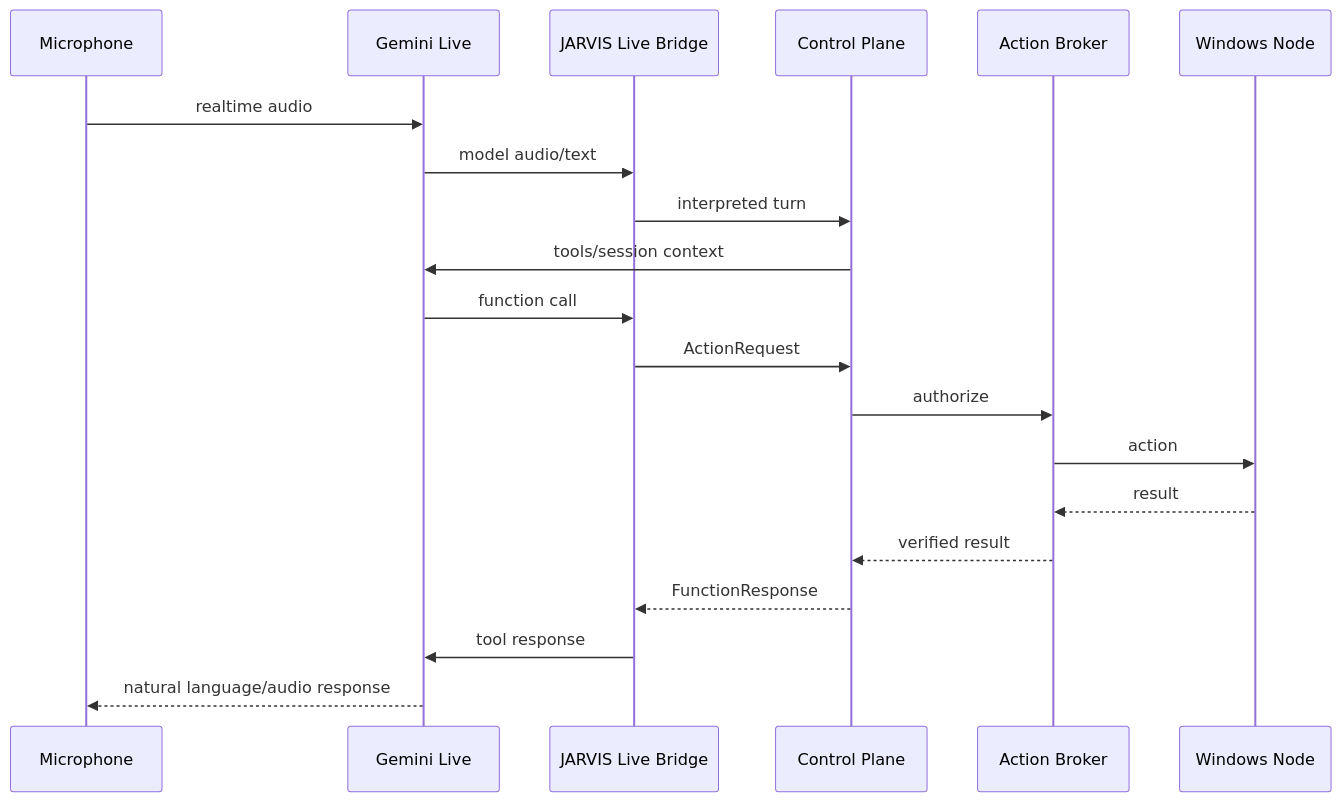
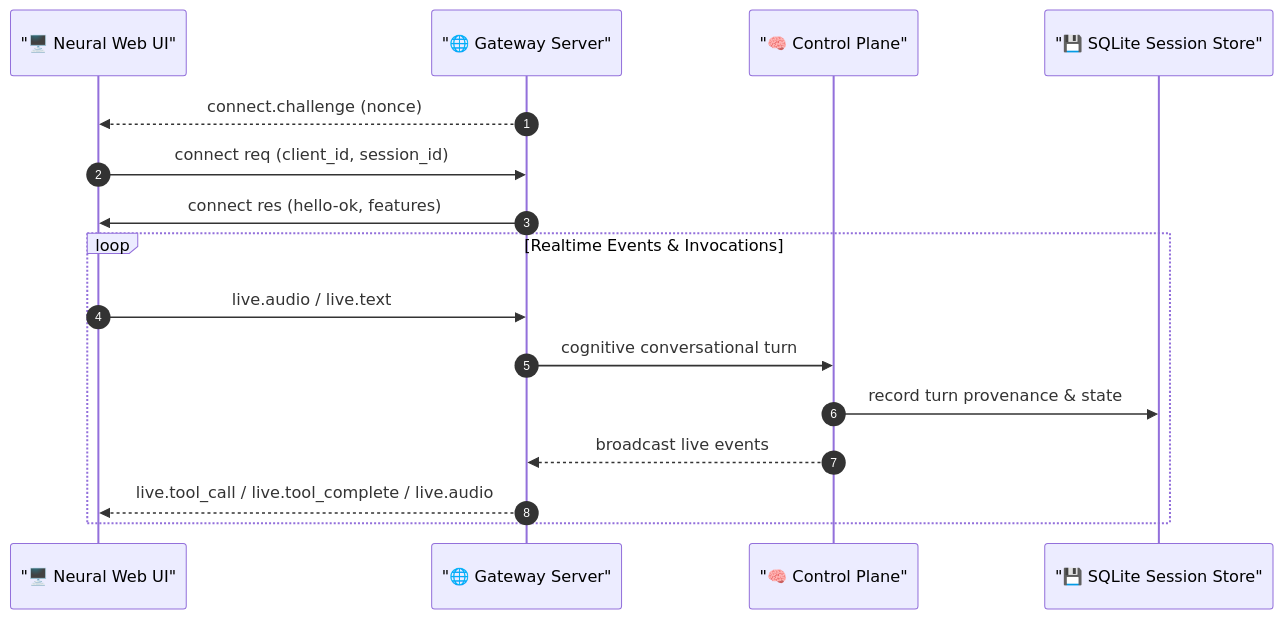
Before and after one commit to deepakrakshit/jarvis-ai: the eighth of 10 diagrams in ARCHITECTURE.md, drawn with Mermaid. The commit also changed other lines of this file and 40 other files, not shown here.

Commit message:
feat(core): overhaul architecture and governance docs, refine voice UI and protocol events

````diff
--- a/ARCHITECTURE.md
+++ b/ARCHITECTURE.md
@@ -3223,23 +340,20 @@
 ```mermaid
 sequenceDiagram
-    participant Mic as Microphone
-    participant G as Gemini Live
-    participant B as JARVIS Live Bridge
-    participant CP as Control Plane
-    participant AB as Action Broker
-    participant W as Windows Node
+    autonumber
+    participant Client as "🖥️ Neural Web UI"
+    participant GW as "🌐 Gateway Server"
+    participant CP as "🧠 Control Plane"
+    participant DB as "💾 SQLite Session Store"
 
-    Mic->>G: realtime audio
-    G->>B: model audio/text
-    B->>CP: interpreted turn
-    CP->>G: tools/session context
-    G->>B: function call
-    B->>CP: ActionRequest
-    CP->>AB: authorize
-    AB->>W: action
-    W-->>AB: result
-    AB-->>CP: verified result
-    CP-->>B: FunctionResponse
-    B->>G: tool response
-    G-->>Mic: natural language/audio response
+    GW-->>Client: connect.challenge (nonce)
+    Client->>GW: connect req (client_id, session_id)
+    GW->>Client: connect res (hello-ok, features)
+    
+    loop Realtime Events & Invocations
+        Client->>GW: live.audio / live.text
+        GW->>CP: cognitive conversational turn
+        CP->>DB: record turn provenance & state
+        CP-->>GW: broadcast live events
+        GW-->>Client: live.tool_call / live.tool_complete / live.audio
+    end
 ```
````
